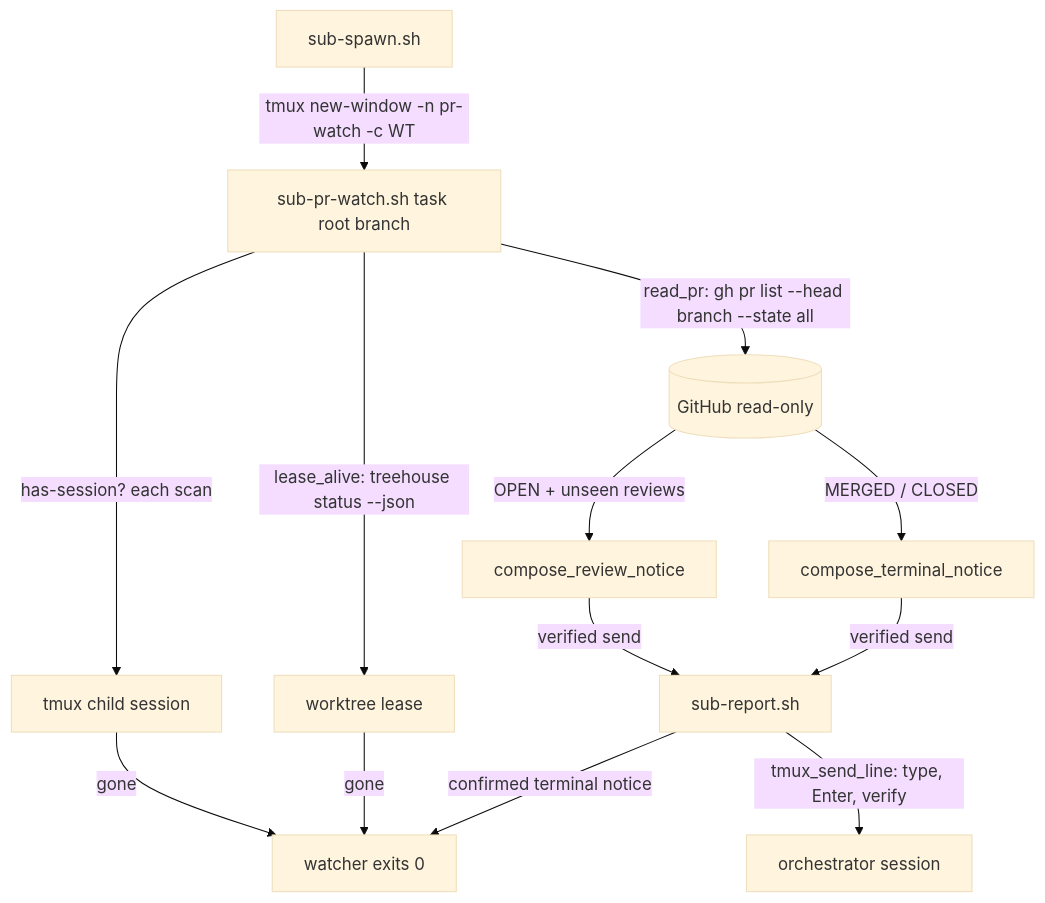
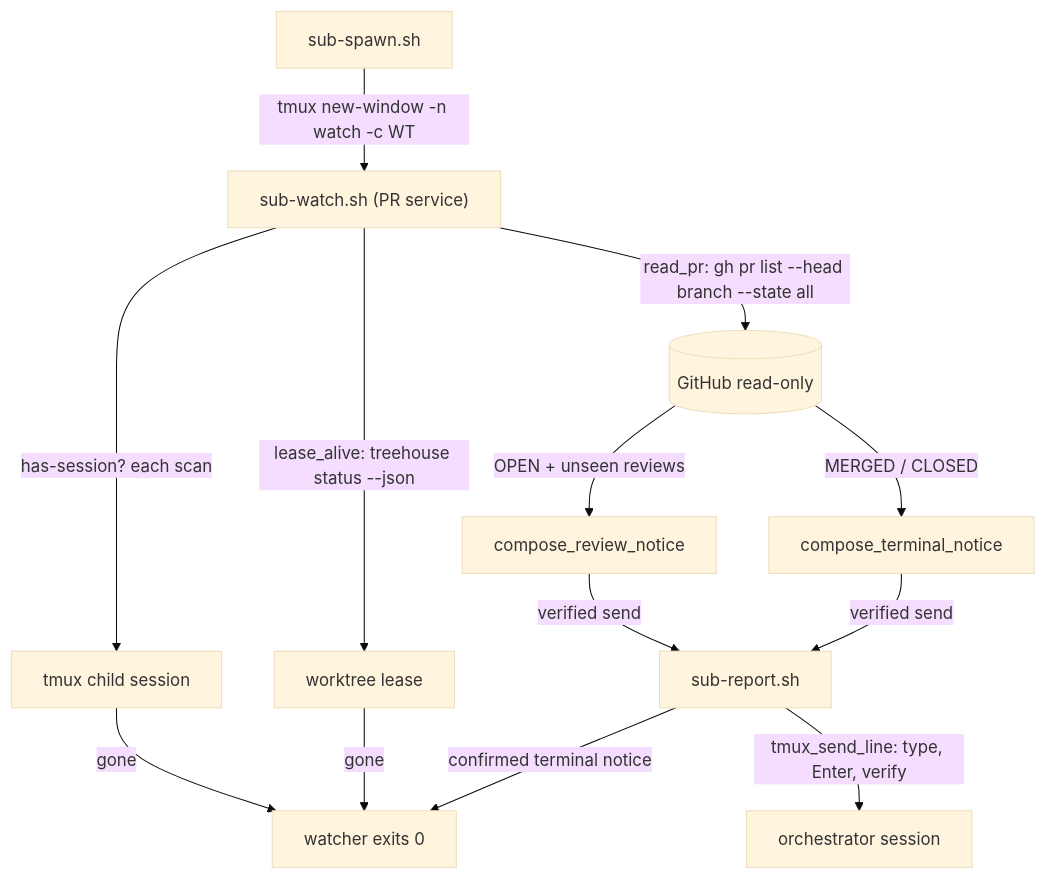
One commit to jseto/mu-commander changed the diagram in specs/pr-action-watch/pr-action-watch-design.md. Above: the diagram before and after it, drawn with Mermaid (base theme). The commit also changed other lines of this file and 14 other files, not shown here.

````diff
--- a/specs/pr-action-watch/pr-action-watch-design.md
+++ b/specs/pr-action-watch/pr-action-watch-design.md
@@ -88,15 +95,15 @@
 ```mermaid
 flowchart TD
-  SP[sub-spawn.sh] -->|tmux new-window -n pr-watch -c WT| W[sub-pr-watch.sh task root branch]
+  SP[sub-spawn.sh] -->|tmux new-window -n watch -c WT| W["sub-watch.sh (PR service)"]
   W -->|has-session? each scan| T[tmux child session]
   W -->|lease_alive: treehouse status --json| L[worktree lease]
   W -->|read_pr: gh pr list --head branch --state all| G[(GitHub read-only)]
   G -->|OPEN + unseen reviews| R[compose_review_notice]
   G -->|MERGED / CLOSED| N[compose_terminal_notice]
   R -->|verified send| SR[sub-report.sh]
   N -->|verified send| SR
   SR -->|tmux_send_line: type, Enter, verify| M[orchestrator session]
   T -->|gone| X[watcher exits 0]
   L -->|gone| X
   SR -->|confirmed terminal notice| X
 ```
````
